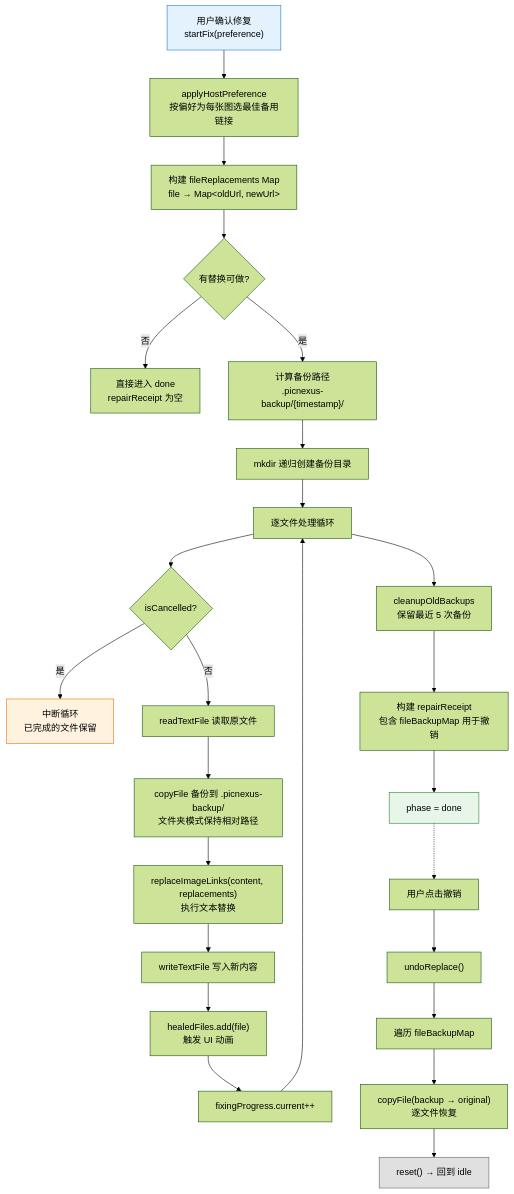
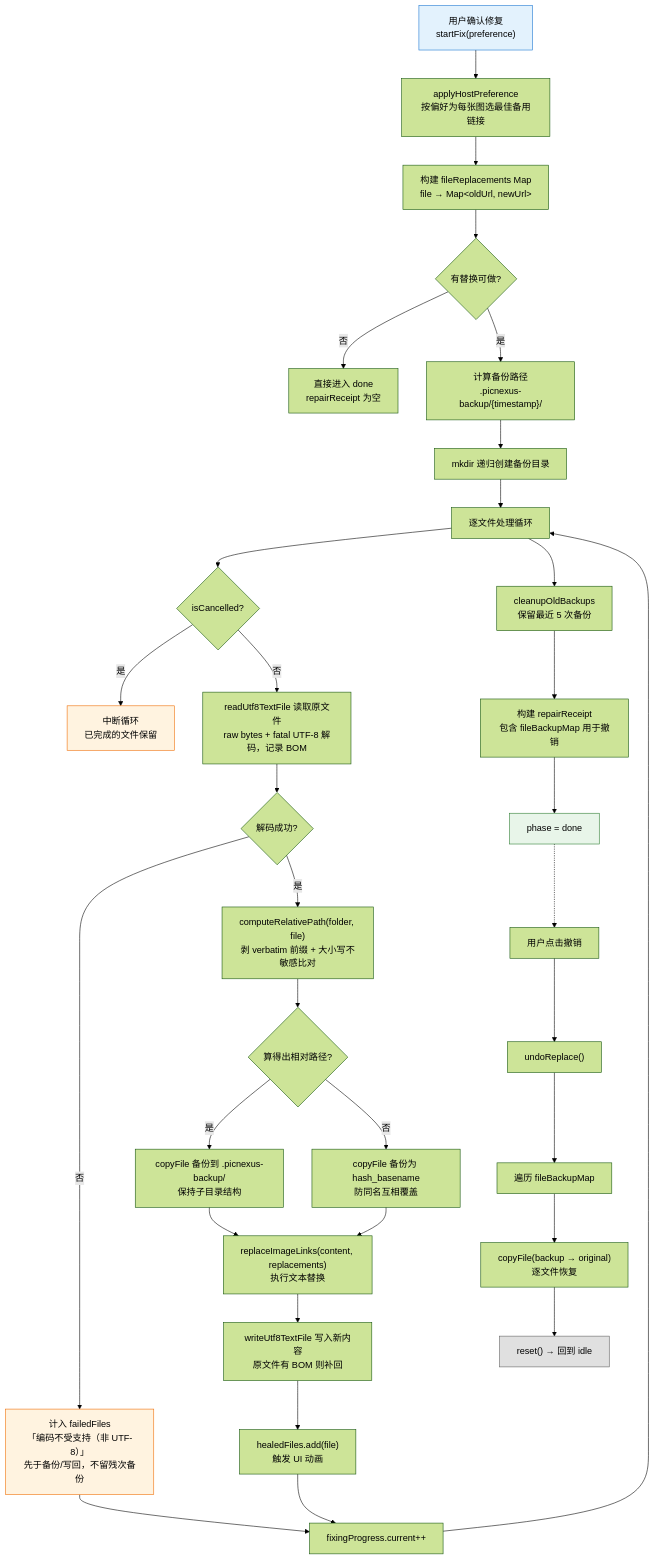
Before and after one commit to joeyliu6/PicNexus: the fifth of 6 diagrams in docs/flows/md-rescue-flow.md, drawn with Mermaid (forest theme). The commit also changed other lines of this file and 1 other file, not shown here.

First line of the commit message:
docs(flows): document md-rescue backup path and encoding invariants

````diff
--- a/docs/flows/md-rescue-flow.md
+++ b/docs/flows/md-rescue-flow.md
@@ -240,36 +243,43 @@
 ```mermaid
 flowchart TD
     A["用户确认修复<br/>startFix(preference)"] --> B["applyHostPreference<br/>按偏好为每张图选最佳备用链接"]
     B --> C["构建 fileReplacements Map<br/>file → Map&lt;oldUrl, newUrl&gt;"]
     C --> D{有替换可做?}
     D -- 否 --> D1["直接进入 done<br/>repairReceipt 为空"]
     D -- 是 --> E["计算备份路径<br/>.picnexus-backup/{timestamp}/"]
     E --> F["mkdir 递归创建备份目录"]
 
     F --> G["逐文件处理循环"]
     G --> G1{isCancelled?}
     G1 -- 是 --> G2["中断循环<br/>已完成的文件保留"]
-    G1 -- 否 --> H["readTextFile 读取原文件"]
-    H --> I["copyFile 备份到 .picnexus-backup/<br/>文件夹模式保持相对路径"]
-    I --> J["replaceImageLinks(content, replacements)<br/>执行文本替换"]
-    J --> K["writeTextFile 写入新内容"]
+    G1 -- 否 --> H["readUtf8TextFile 读取原文件<br/>raw bytes + fatal UTF-8 解码，记录 BOM"]
+    H --> H1{解码成功?}
+    H1 -- 否 --> H2["计入 failedFiles<br/>「编码不受支持（非 UTF-8）」<br/>先于备份/写回，不留残次备份"]
+    H2 --> M
+    H1 -- 是 --> I0["computeRelativePath(folder, file)<br/>剥 verbatim 前缀 + 大小写不敏感比对"]
+    I0 --> I1{算得出相对路径?}
+    I1 -- 是 --> I["copyFile 备份到 .picnexus-backup/<br/>保持子目录结构"]
+    I1 -- 否 --> I2["copyFile 备份为 hash_basename<br/>防同名互相覆盖"]
+    I & I2 --> J["replaceImageLinks(content, replacements)<br/>执行文本替换"]
+    J --> K["writeUtf8TextFile 写入新内容<br/>原文件有 BOM 则补回"]
     K --> L["healedFiles.add(file)<br/>触发 UI 动画"]
     L --> M["fixingProgress.current++"]
     M --> G
 
     G --> N["cleanupOldBackups<br/>保留最近 5 次备份"]
     N --> O["构建 repairReceipt<br/>包含 fileBackupMap 用于撤销"]
     O --> P["phase = done"]
 
     %% 撤销路径
     P -.-> Q["用户点击撤销"]
     Q --> R["undoReplace()"]
     R --> R1["遍历 fileBackupMap"]
     R1 --> R2["copyFile(backup → original)<br/>逐文件恢复"]
     R2 --> R3["reset() → 回到 idle"]
 
     style A fill:#e3f2fd,stroke:#1976d2
     style P fill:#e8f5e9,stroke:#2e7d32
     style G2 fill:#fff3e0,stroke:#ef6c00
+    style H2 fill:#fff3e0,stroke:#ef6c00
     style R3 fill:#e0e0e0,stroke:#616161
 ```
````
